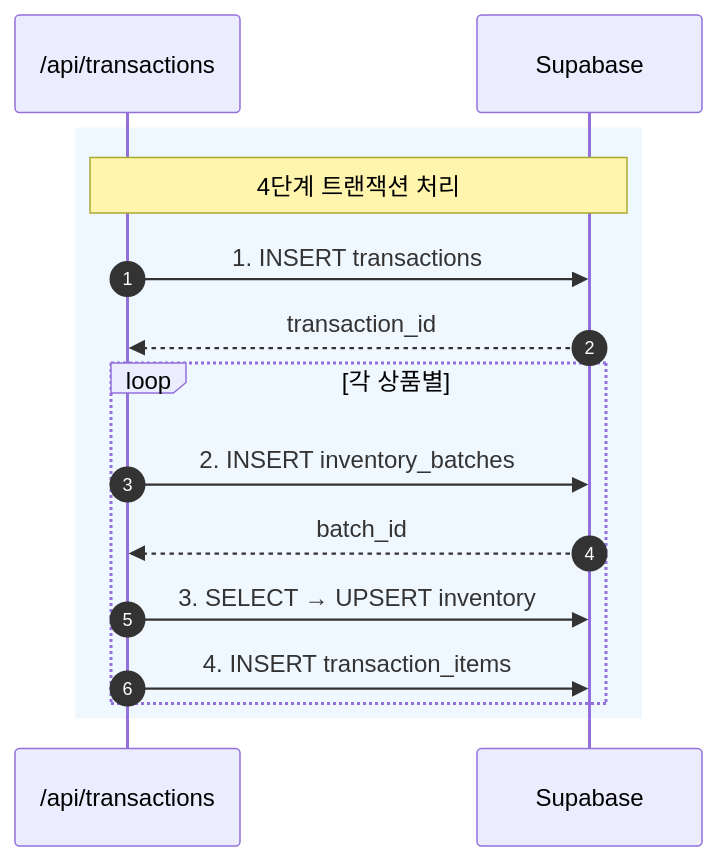
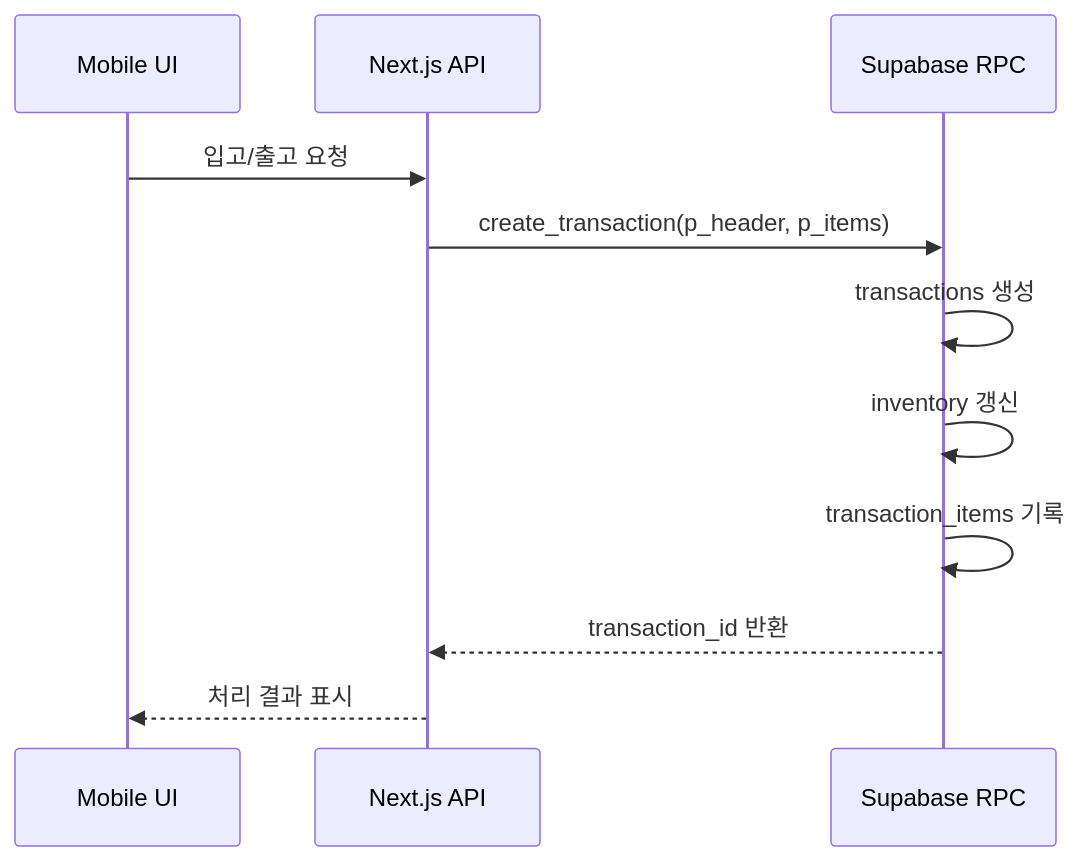
One commit to enjoylonelines/stock-cock changed the diagram in README.md. Above: the diagram before and after it, drawn with Mermaid. The commit also changed other lines of this file, not shown here.

````diff
--- a/README.md
+++ b/README.md
@@ -285,19 +57,14 @@
 ```mermaid
 sequenceDiagram
-    autonumber
-    participant API as /api/transactions
-    participant DB as Supabase
+    participant UI as Mobile UI
+    participant API as Next.js API
+    participant DB as Supabase RPC
 
-    rect rgb(240, 248, 255)
-        Note over API,DB: 4단계 트랜잭션 처리
-        API->>DB: 1. INSERT transactions
-        DB-->>API: transaction_id
-
-        loop 각 상품별
-            API->>DB: 2. INSERT inventory_batches
-            DB-->>API: batch_id
-            API->>DB: 3. SELECT → UPSERT inventory
-            API->>DB: 4. INSERT transaction_items
-        end
-    end
+    UI->>API: 입고/출고 요청
+    API->>DB: create_transaction(p_header, p_items)
+    DB->>DB: transactions 생성
+    DB->>DB: inventory 갱신
+    DB->>DB: transaction_items 기록
+    DB-->>API: transaction_id 반환
+    API-->>UI: 처리 결과 표시
 ```
````
